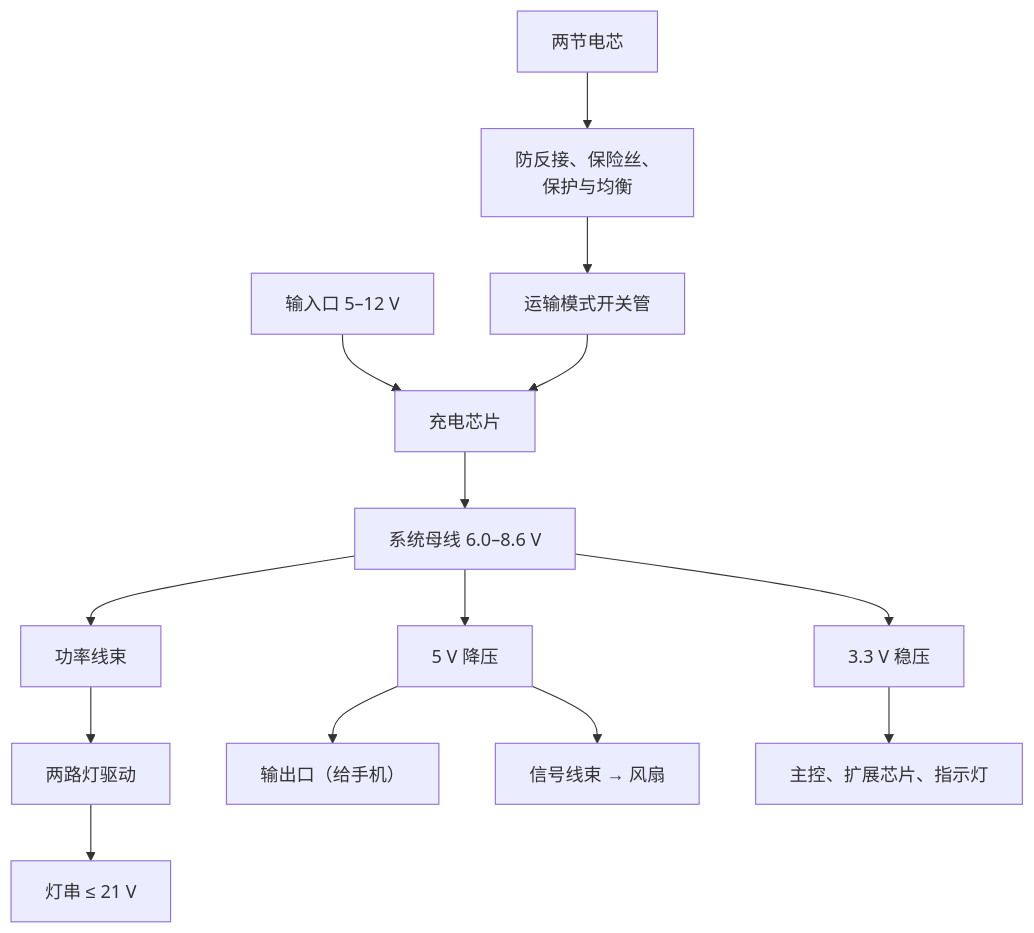
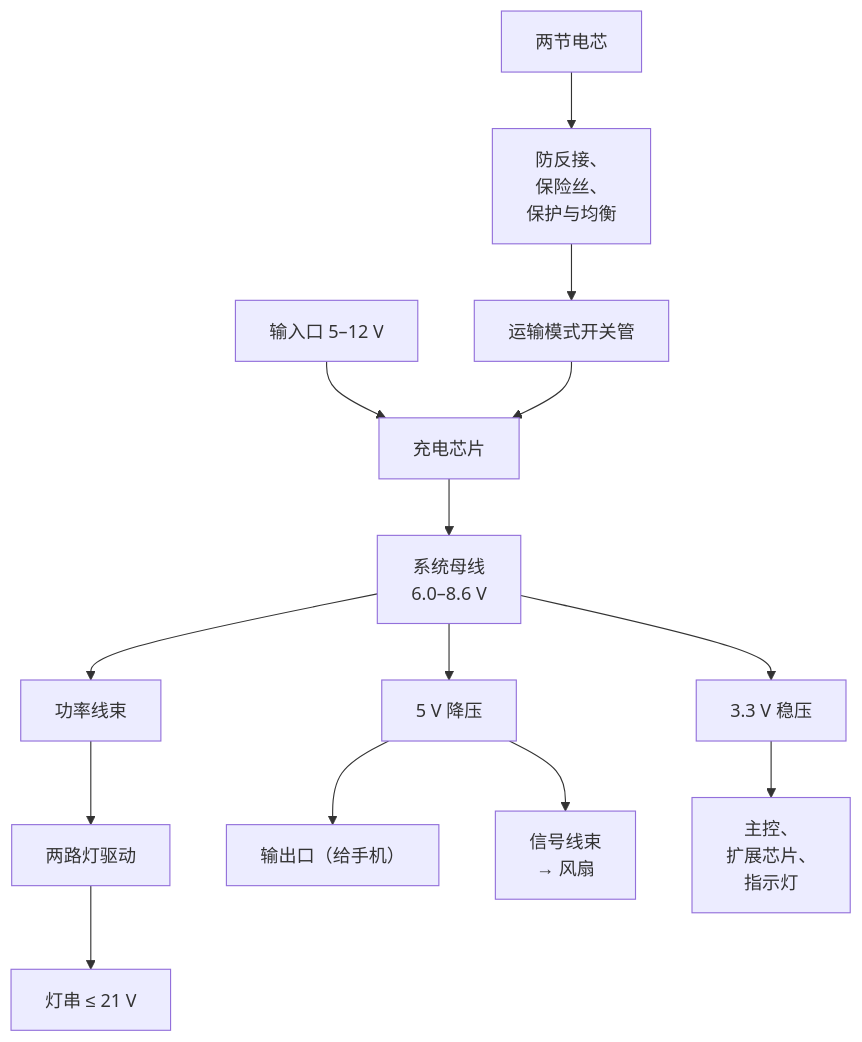
The second of 2 diagrams in docs/系统架构说明书.md (jodancain/fill-light-15pro), drawn with Mermaid before and after one commit. The commit also changed other lines of this file and 2 other files, not shown here.

Commit message:
框图标签手动换行，避免 GitHub 上把词断开
GitHub 的 Mermaid 渲染换行比本机早，有几处标签被断在词中间，
例如“保险/丝”“6.0-/8.6 V”“风/扇”。
现在给五张框图里的长标签加了 <br/>，让断行落在词与词之间。
只加了换行，文字、节点和连线都没有改。

````diff
--- a/docs/系统架构说明书.md
+++ b/docs/系统架构说明书.md
@@ -98,10 +98,10 @@
 ```mermaid
 flowchart TB
   IN["输入口 5–12 V"] --> CHG["充电芯片"]
-  CELL["两节电芯"] --> PROT["防反接、保险丝、<br/>保护与均衡"] --> SHIP["运输模式开关管"] --> CHG
-  CHG --> BUS["系统母线 6.0–8.6 V"]
+  CELL["两节电芯"] --> PROT["防反接、<br/>保险丝、<br/>保护与均衡"] --> SHIP["运输模式开关管"] --> CHG
+  CHG --> BUS["系统母线<br/>6.0–8.6 V"]
   BUS --> HAR["功率线束"] --> DRV["两路灯驱动"] --> STR["灯串 ≤ 21 V"]
   BUS --> B5["5 V 降压"] --> OUT["输出口（给手机）"]
-  B5 --> FAN["信号线束 → 风扇"]
-  BUS --> LDO["3.3 V 稳压"] --> MCU["主控、扩展芯片、指示灯"]
+  B5 --> FAN["信号线束<br/>→ 风扇"]
+  BUS --> LDO["3.3 V 稳压"] --> MCU["主控、<br/>扩展芯片、<br/>指示灯"]
 ```
````
